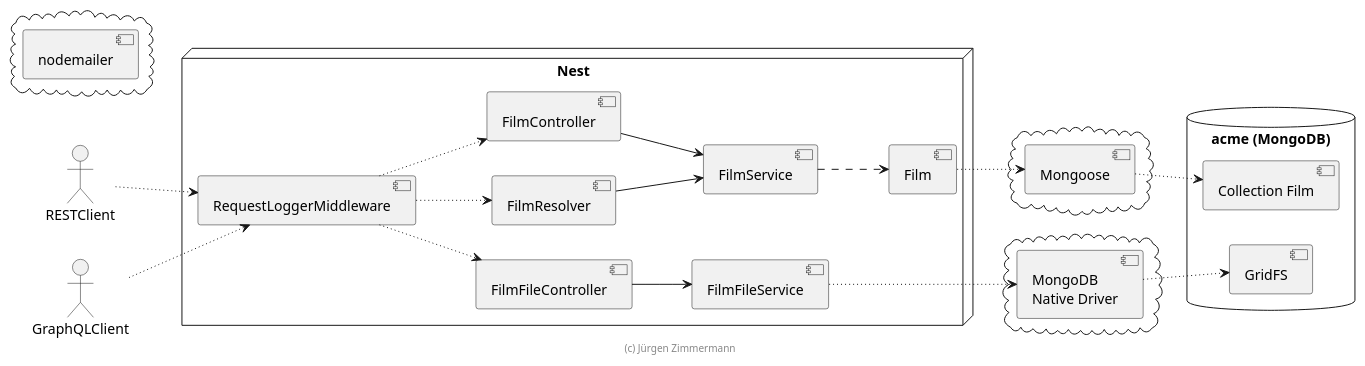
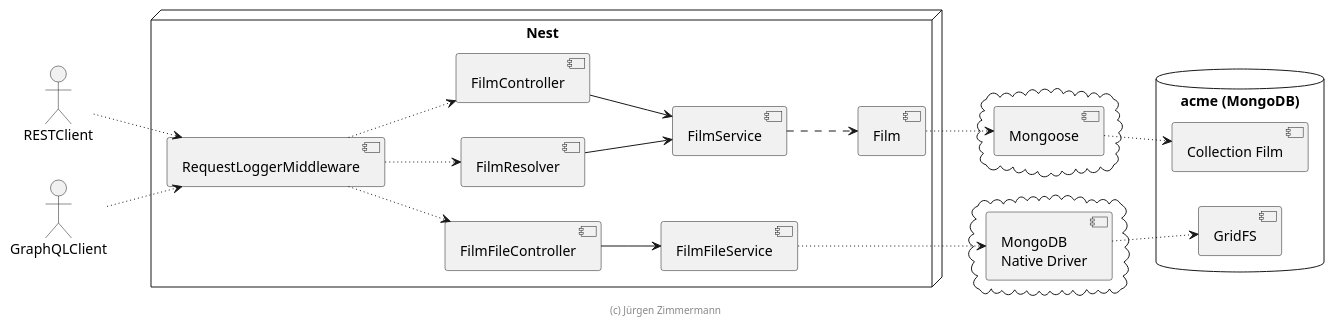
Before and after one commit to SWEGruppe8/Film: the diagram in extras/doc/entwicklerhandbuch/komponenten.puml, drawn with PlantUML. The commit also changed 1 other file, not shown here.

```diff
--- a/extras/doc/entwicklerhandbuch/komponenten.puml
+++ b/extras/doc/entwicklerhandbuch/komponenten.puml
@@ -1,60 +1,57 @@
 @startuml Komponenten
 
 left to right direction
 
 actor RESTClient
 actor GraphQLClient
 
 node "Nest" {
   [RequestLoggerMiddleware]
 
   [FilmController]
   [FilmResolver]
   [FilmFileController]
 
   [FilmService]
   [FilmFileService]
 
   [Film]
 
 }
 
 
 cloud {
     [Mongoose]
 }
 
 cloud {
     [MongoDB\nNative Driver]
 }
 
-cloud {
-    [nodemailer]
-}
 
 database "acme (MongoDB)" {
     [Collection Film]
     [GridFS]
 }
 
 
 RESTClient ~~> [RequestLoggerMiddleware]
 GraphQLClient ~~> [RequestLoggerMiddleware]
 
 [RequestLoggerMiddleware] ~~> [FilmController]
 [RequestLoggerMiddleware] ~~> [FilmResolver]
 [RequestLoggerMiddleware] ~~> [FilmFileController]
 
 [FilmController] --> [FilmService]
 [FilmResolver] --> [FilmService]
 [FilmFileController] --> [FilmFileService]
 [FilmService] ..> [Film]
 
 [Film] ~~> [Mongoose]
 [FilmFileService] ~~> [MongoDB\nNative Driver]
 [Mongoose] ~~> [Collection Film]
 [MongoDB\nNative Driver] ~~> [GridFS]
 
 footer (c) Jürgen Zimmermann
 
 @enduml
```
